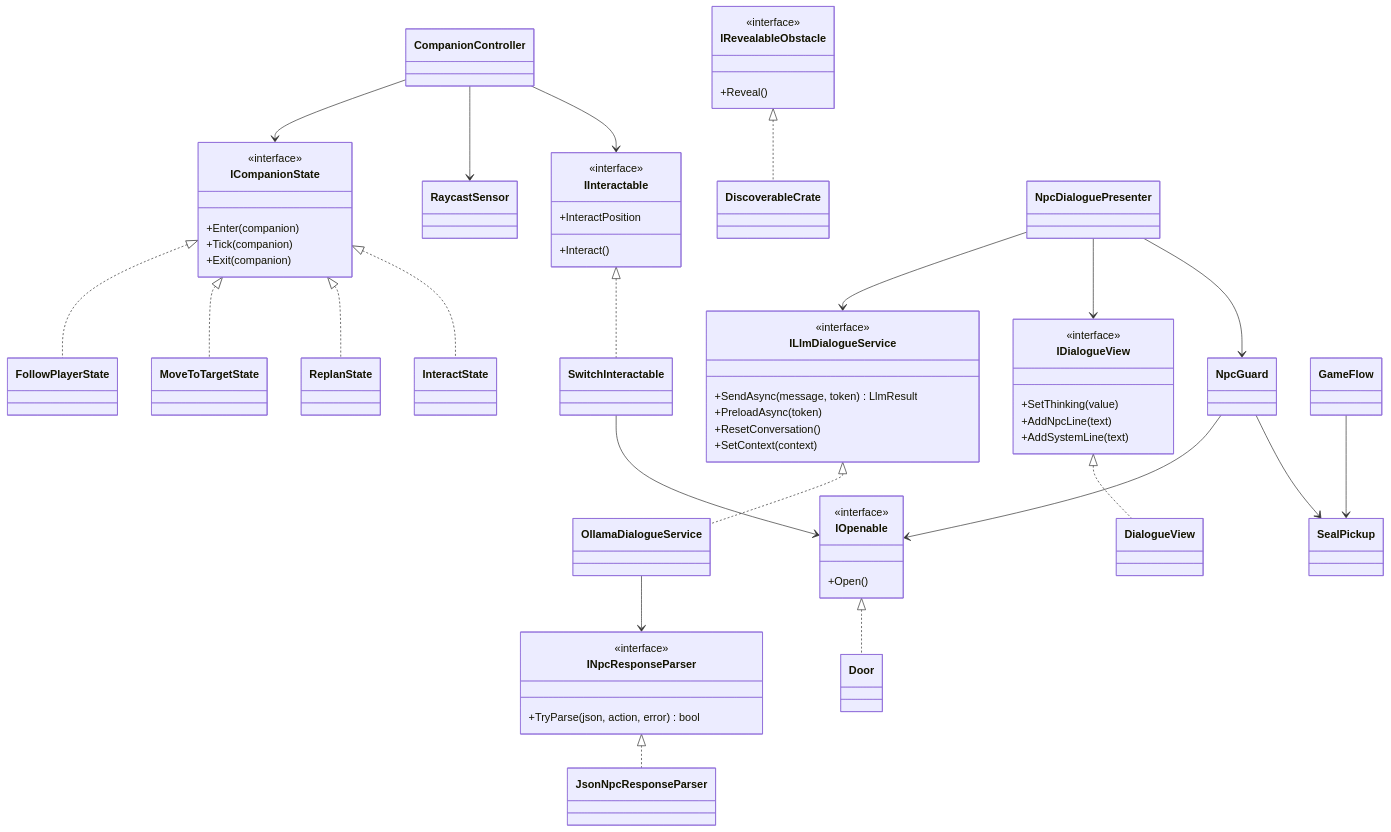
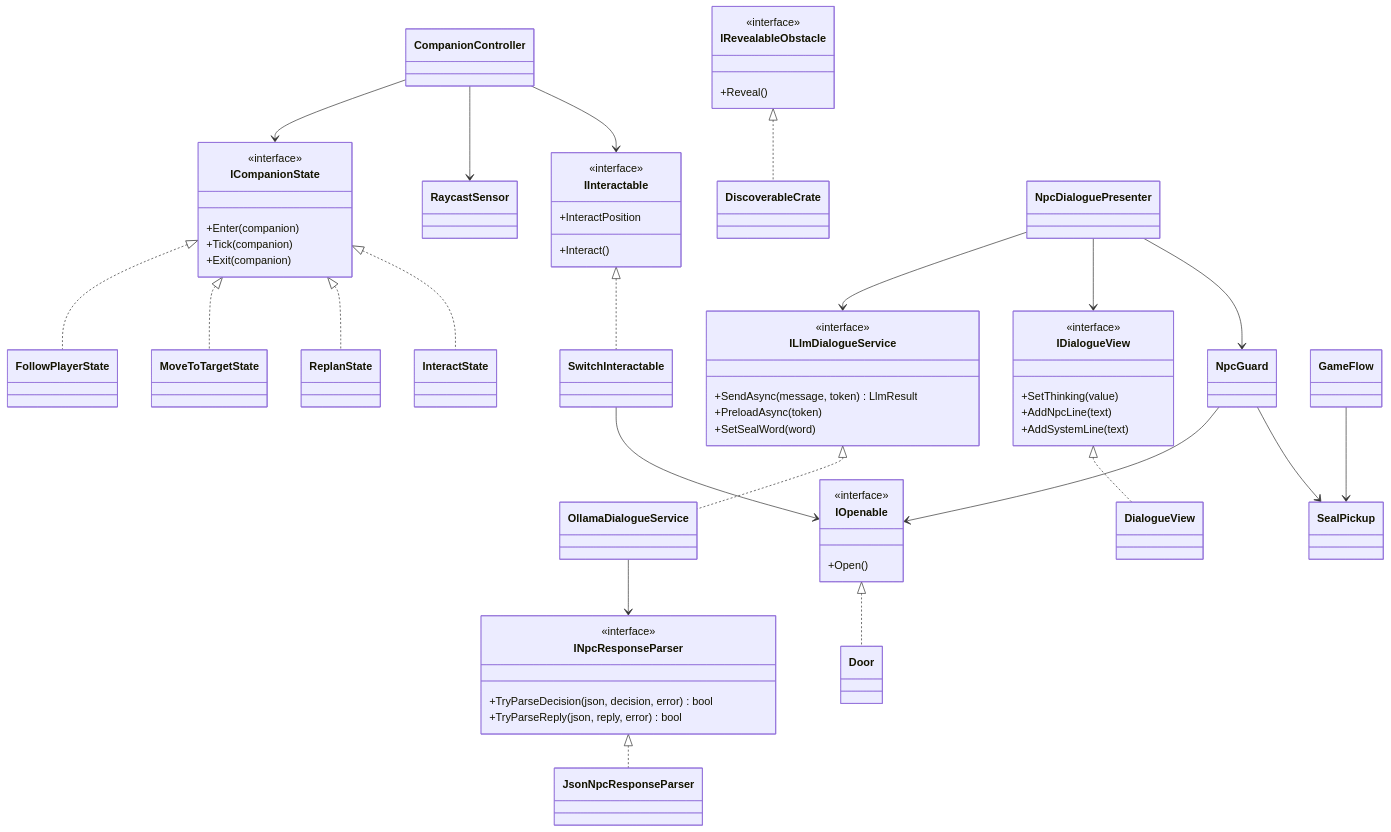
One commit to serifealeynaon/YazLab1-Proje1 changed the first of 4 diagrams in README.md. Above: the diagram before and after it, drawn with Mermaid. The commit also changed other lines of this file, not shown here.

````diff
--- a/README.md
+++ b/README.md
@@ -33,60 +33,60 @@
 ```mermaid
 classDiagram
     class ICompanionState {
         <<interface>>
         +Enter(companion)
         +Tick(companion)
         +Exit(companion)
     }
     class ILlmDialogueService {
         <<interface>>
         +SendAsync(message, token) LlmResult
         +PreloadAsync(token)
-        +ResetConversation()
-        +SetContext(context)
+        +SetSealWord(word)
     }
     class INpcResponseParser {
         <<interface>>
-        +TryParse(json, action, error) bool
+        +TryParseDecision(json, decision, error) bool
+        +TryParseReply(json, reply, error) bool
     }
     class IInteractable {
         <<interface>>
         +InteractPosition
         +Interact()
     }
     class IOpenable {
         <<interface>>
         +Open()
     }
     class IRevealableObstacle {
         <<interface>>
         +Reveal()
     }
     class IDialogueView {
         <<interface>>
         +SetThinking(value)
         +AddNpcLine(text)
         +AddSystemLine(text)
     }
     ICompanionState <|.. FollowPlayerState
     ICompanionState <|.. MoveToTargetState
     ICompanionState <|.. ReplanState
     ICompanionState <|.. InteractState
     CompanionController --> ICompanionState
     CompanionController --> RaycastSensor
     CompanionController --> IInteractable
     IInteractable <|.. SwitchInteractable
     IRevealableObstacle <|.. DiscoverableCrate
     IOpenable <|.. Door
     SwitchInteractable --> IOpenable
     ILlmDialogueService <|.. OllamaDialogueService
     INpcResponseParser <|.. JsonNpcResponseParser
     OllamaDialogueService --> INpcResponseParser
     IDialogueView <|.. DialogueView
     NpcDialoguePresenter --> ILlmDialogueService
     NpcDialoguePresenter --> IDialogueView
     NpcDialoguePresenter --> NpcGuard
     NpcGuard --> IOpenable
     NpcGuard --> SealPickup
     GameFlow --> SealPickup
 ```
````
